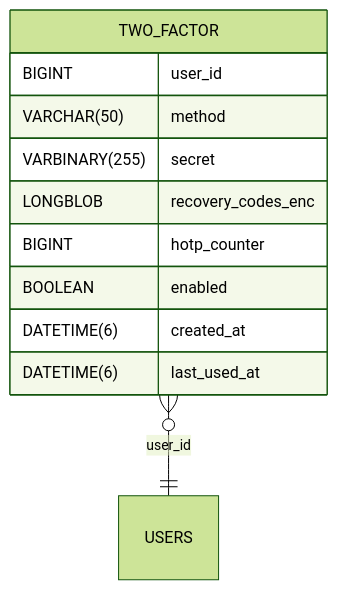
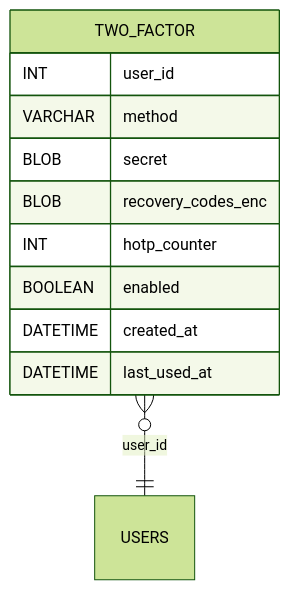
Before and after one commit to blackcatdatabase/table-two-factor: the diagram in README.md, drawn with Mermaid (forest theme). The commit also changed other lines of this file, not shown here.

Commit message:
chore(schema): add/update generated schema + README (umbrella sync)

````diff
--- a/README.md
+++ b/README.md
@@ -52,14 +52,14 @@
 ```mermaid
 erDiagram
   TWO_FACTOR {
-    BIGINT user_id
-    VARCHAR(50) method
-    VARBINARY(255) secret
-    LONGBLOB recovery_codes_enc
-    BIGINT hotp_counter
+    INT user_id
+    VARCHAR method
+    BLOB secret
+    BLOB recovery_codes_enc
+    INT hotp_counter
     BOOLEAN enabled
-    DATETIME(6) created_at
-    DATETIME(6) last_used_at
+    DATETIME created_at
+    DATETIME last_used_at
   }
   TWO_FACTOR }o--|| USERS : "user_id"
 ```
````
